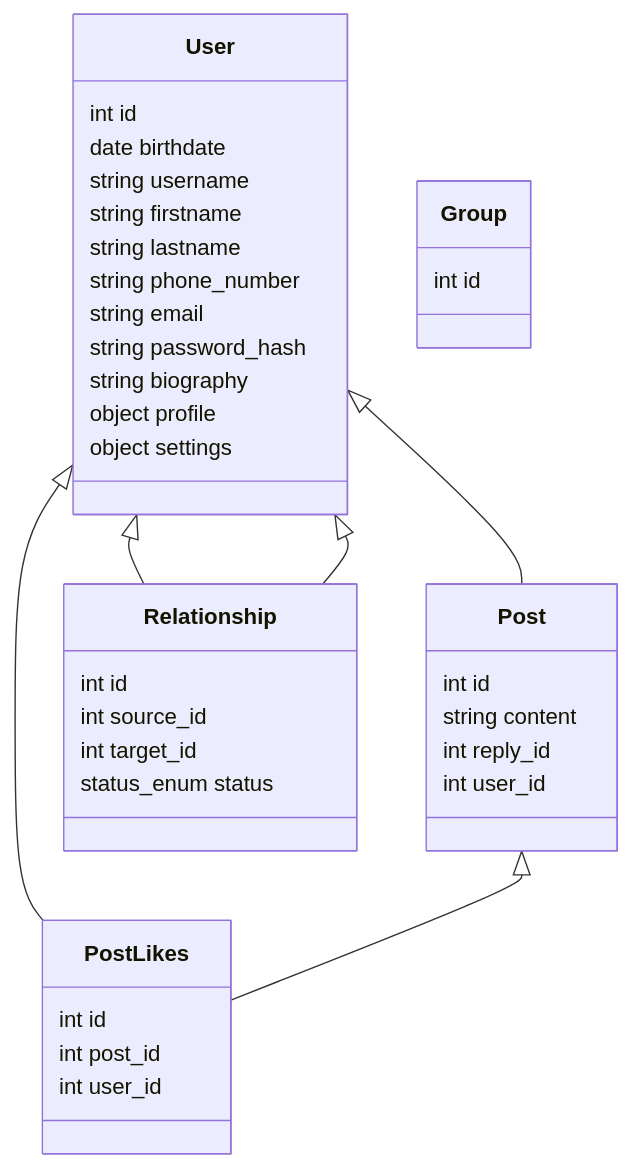
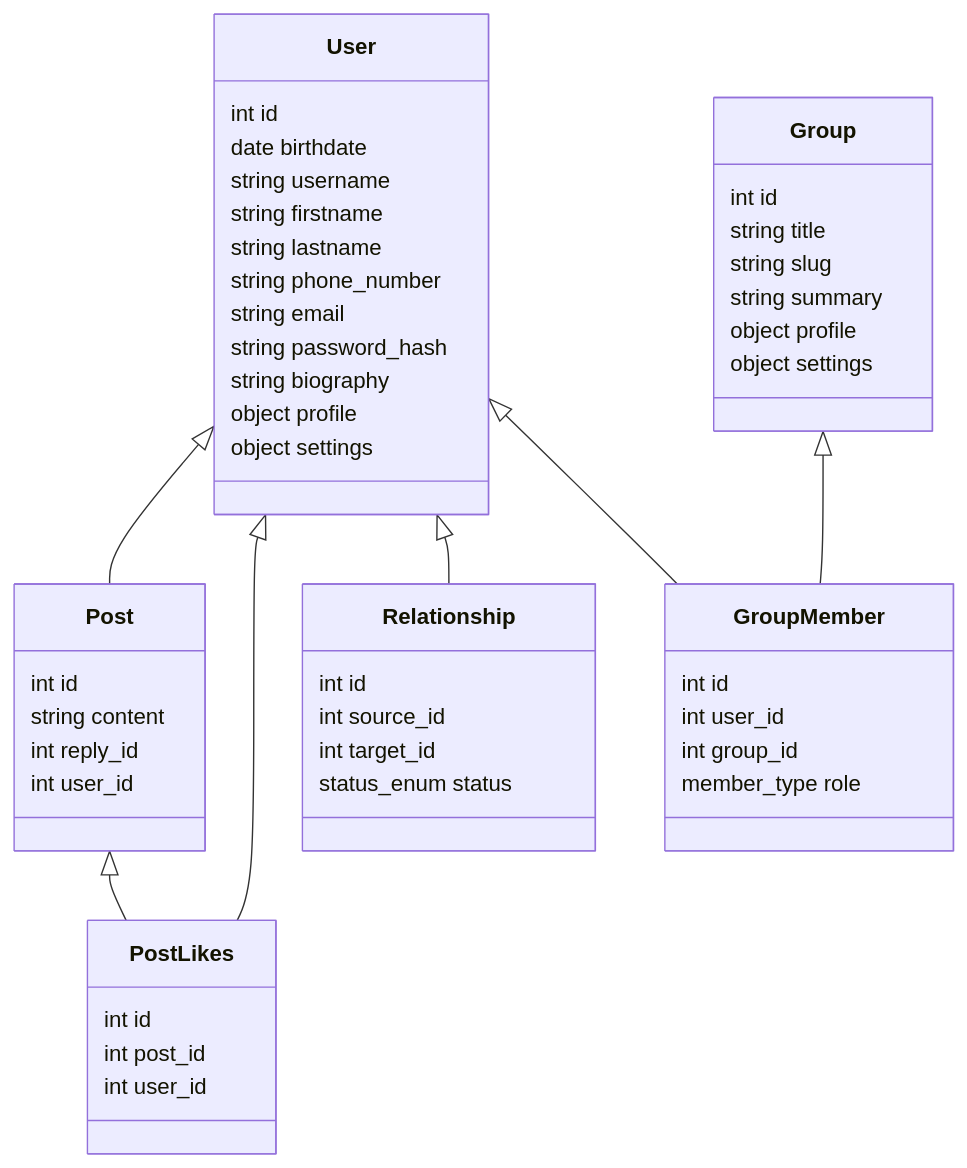
Before and after one commit to fairfield-programming/general-backend: the diagram in readme.md, drawn with Mermaid.

Commit message:
Added Groups

````diff
--- a/readme.md
+++ b/readme.md
@@ -13,47 +13,60 @@
 ```mermaid
 
 classDiagram
     User <|-- Post
     User <|-- PostLikes
     Post <|-- PostLikes
     User <|-- Relationship
-    User <|-- Relationship
+    User <|-- GroupMember
+    Group <|-- GroupMember
 
     User : int id
     User : date birthdate
     User : string username
     User : string firstname
     User : string lastname
     User : string phone_number
     User : string email
     User : string password_hash
     User : string biography
 
     User : object profile
     User : object settings
 
     class Post {
         int id
         string content
         int reply_id
         int user_id
     }
 
     class PostLikes {
         int id
         int post_id
         int user_id
     }
 
     class Relationship {
         int id
         int source_id
         int target_id
         status_enum status
     }
 
     class Group {
         int id
+        string title
+        string slug
+        string summary
+        object profile
+        object settings
+    }
+
+    class GroupMember {
+        int id
+        int user_id
+        int group_id
+        member_type role
     }
 
 ```
````
